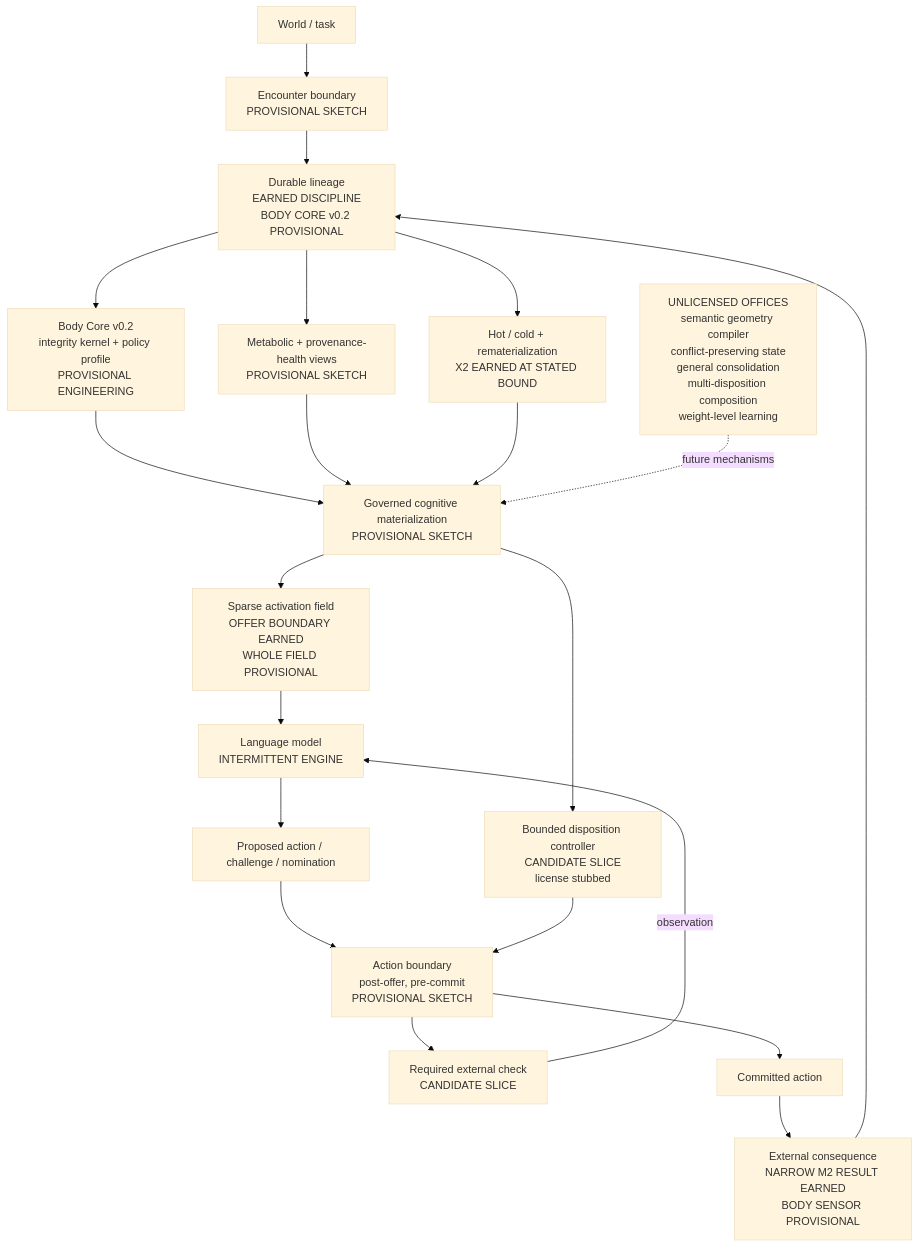
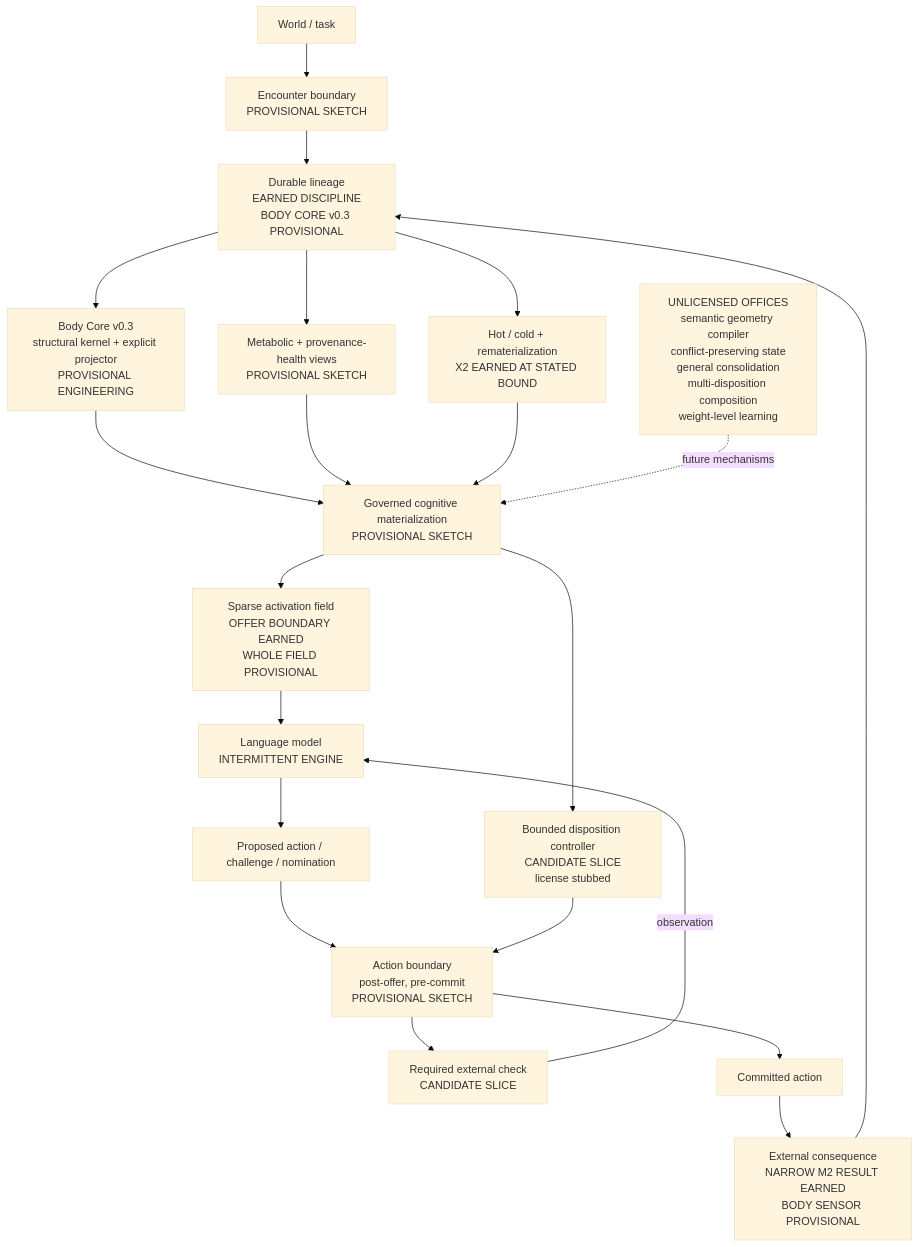
One commit to stack-research/construct changed the diagram in notes/BODY_MAP.md. Above: the diagram before and after it, drawn with Mermaid (base theme). The commit also changed other lines of this file and 54 other files, not shown here.

Commit message:
Implement explicit Body Core projection boundary

````diff
--- a/notes/BODY_MAP.md
+++ b/notes/BODY_MAP.md
@@ -24,30 +24,30 @@
 ```mermaid
 flowchart TD
     World["World / task"] --> Encounter["Encounter boundary<br/>PROVISIONAL SKETCH"]
-    Encounter --> Lineage["Durable lineage<br/>EARNED DISCIPLINE<br/>BODY CORE v0.2 PROVISIONAL"]
+    Encounter --> Lineage["Durable lineage<br/>EARNED DISCIPLINE<br/>BODY CORE v0.3 PROVISIONAL"]
 
-    Lineage --> Core["Body Core v0.2<br/>integrity kernel + policy profile<br/>PROVISIONAL ENGINEERING"]
+    Lineage --> Core["Body Core v0.3<br/>structural kernel + explicit projector<br/>PROVISIONAL ENGINEERING"]
     Core --> Materialization["Governed cognitive materialization<br/>PROVISIONAL SKETCH"]
     Materialization --> Activation["Sparse activation field<br/>OFFER BOUNDARY EARNED<br/>WHOLE FIELD PROVISIONAL"]
     Activation --> Model["Language model<br/>INTERMITTENT ENGINE"]
 
     Model --> Proposal["Proposed action / challenge / nomination"]
     Proposal --> ActionBoundary["Action boundary<br/>post-offer, pre-commit<br/>PROVISIONAL SKETCH"]
     Materialization --> Disposition["Bounded disposition controller<br/>CANDIDATE SLICE<br/>license stubbed"]
     Disposition --> ActionBoundary
     ActionBoundary --> Check["Required external check<br/>CANDIDATE SLICE"]
     Check -->|"observation"| Model
     ActionBoundary --> Commit["Committed action"]
 
     Commit --> Consequence["External consequence<br/>NARROW M2 RESULT EARNED<br/>BODY SENSOR PROVISIONAL"]
     Consequence --> Lineage
 
     Lineage --> Metabolic["Metabolic + provenance-health views<br/>PROVISIONAL SKETCH"]
     Metabolic --> Materialization
 
     Lineage --> HotCold["Hot / cold + rematerialization<br/>X2 EARNED AT STATED BOUND"]
     HotCold --> Materialization
 
     Unlicensed["UNLICENSED OFFICES<br/>semantic geometry compiler<br/>conflict-preserving state<br/>general consolidation<br/>multi-disposition composition<br/>weight-level learning"]
     Unlicensed -. future mechanisms .-> Materialization
 ```
````
